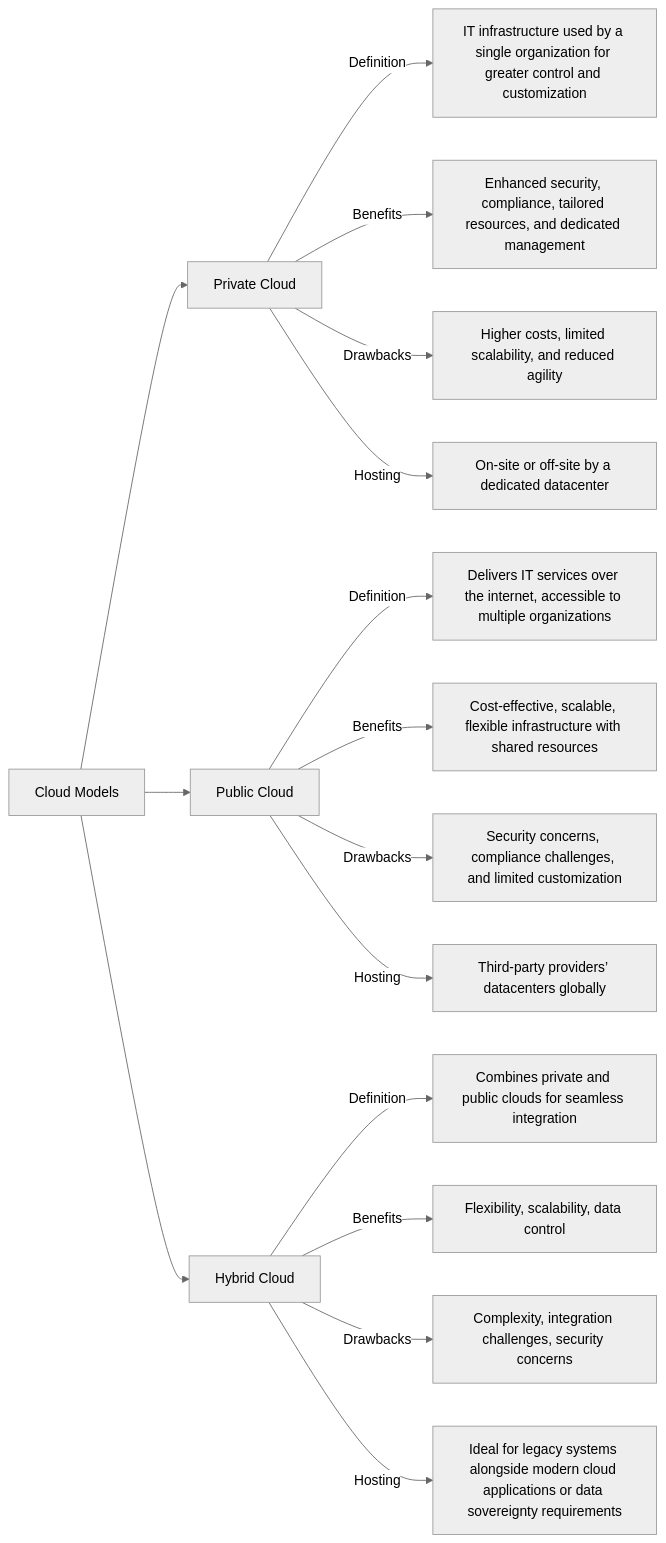
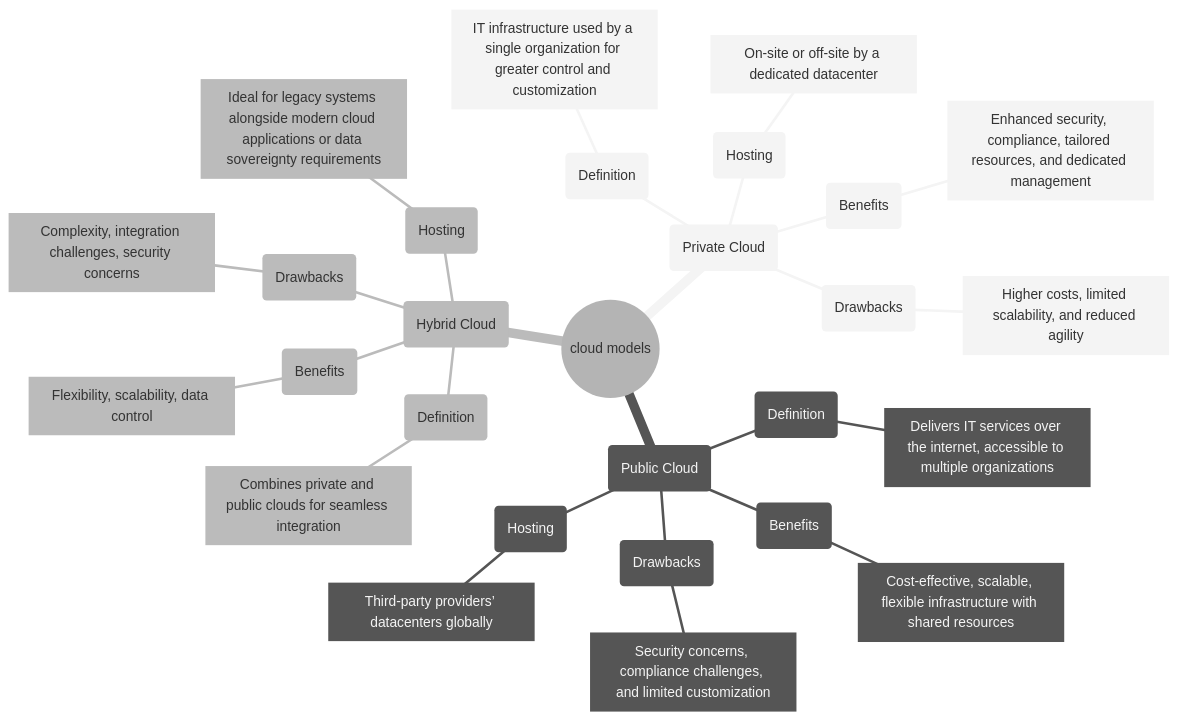
One commit to Sree2011/ms-azure-fundamentals-prepare changed the second of 2 diagrams in cloud_concepts.md. Above: the diagram before and after it, drawn with Mermaid (neutral theme).

````diff
--- a/cloud_concepts.md
+++ b/cloud_concepts.md
@@ -44,25 +44,34 @@
 ```mermaid
-graph LR
-  P[Cloud Models]
-  P --> A[Private Cloud]
-  P --> B[Public Cloud]
-  P --> C[Hybrid Cloud]
+mindmap
+    root((cloud models))
+        (Private Cloud)
+            (Definition)
+                [IT infrastructure used by a single organization for greater control and customization]
+            (Benefits)
+                [Enhanced security, compliance, tailored resources, and dedicated management]
+            (Drawbacks)
+                [Higher costs, limited scalability, and reduced agility]
+            (Hosting)
+                [On-site or off-site by a dedicated datacenter]
 
-  A --> |Definition|D["IT infrastructure used by a single organization for greater control and customization"]
-  A --> |Benefits| E["Enhanced security, compliance, tailored resources, and dedicated management"]
-  A --> |Drawbacks| F["Higher costs, limited scalability, and reduced agility"]
-  A --> |Hosting| G["On-site or off-site by a dedicated datacenter"]
+        (Public Cloud)
+            (Definition)
+                [Delivers IT services over the internet, accessible to multiple organizations]
+            (Benefits)
+                [Cost-effective, scalable, flexible infrastructure with shared resources]
+            (Drawbacks)
+                [Security concerns, compliance challenges, and limited customization]
+            (Hosting)
+                [Third-party providers’ datacenters globally]
 
-  B --> |Definition| H["Delivers IT services over the internet, accessible to multiple organizations"]
-  B --> |Benefits|I["Cost-effective, scalable, flexible infrastructure with shared resources"]
-  B --> |Drawbacks| J["Security concerns, compliance challenges, and limited customization"]
-  B --> |Hosting| K["Third-party providers’ datacenters globally"]
-
-  C --> |Definition| L["Combines private and public clouds for seamless integration"]
-  C --> |Benefits| M["Flexibility, scalability, data control"]
-  C --> |Drawbacks| N["Complexity, integration challenges, security concerns"]
-  C --> |Hosting| O["Ideal for legacy systems alongside modern cloud applications or data sovereignty requirements"]
-
-
+        (Hybrid Cloud)
+            (Definition)
+                [Combines private and public clouds for seamless integration]
+            (Benefits)
+                [Flexibility, scalability, data control]
+            (Drawbacks)
+                [Complexity, integration challenges, security concerns]
+            (Hosting)
+                [Ideal for legacy systems alongside modern cloud applications or data sovereignty requirements]
 
 ```
````
